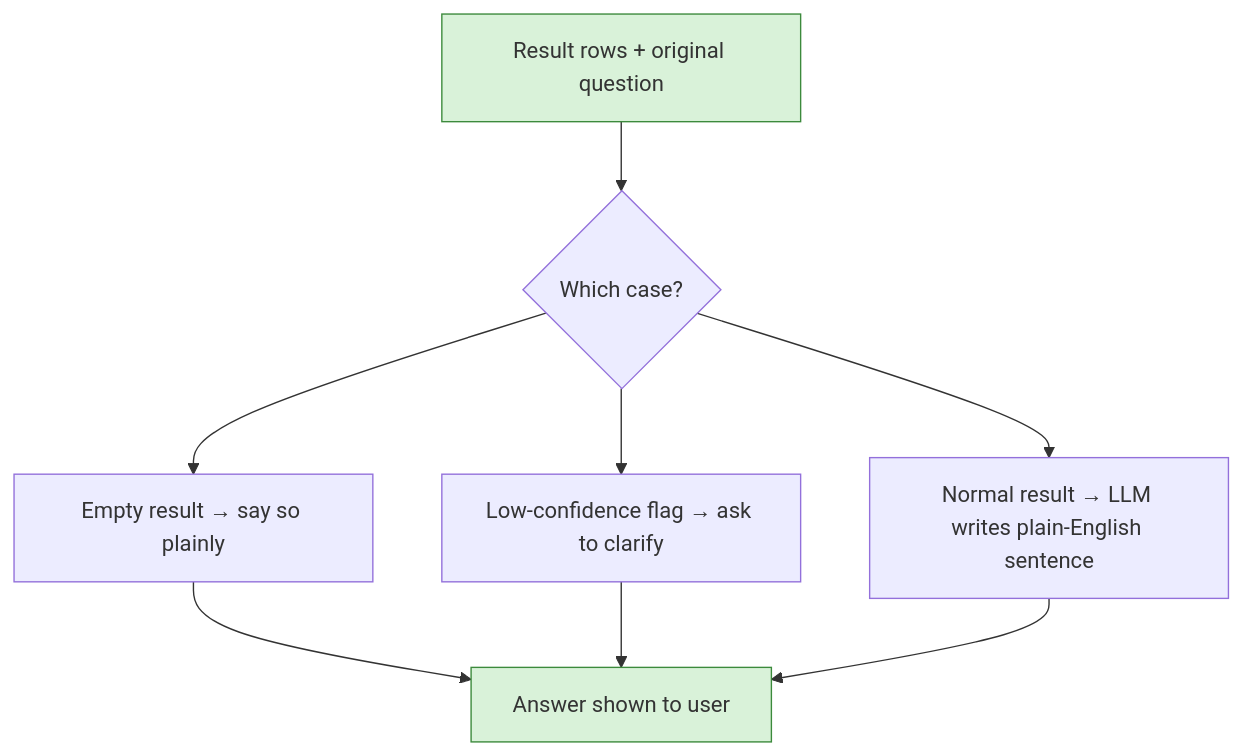
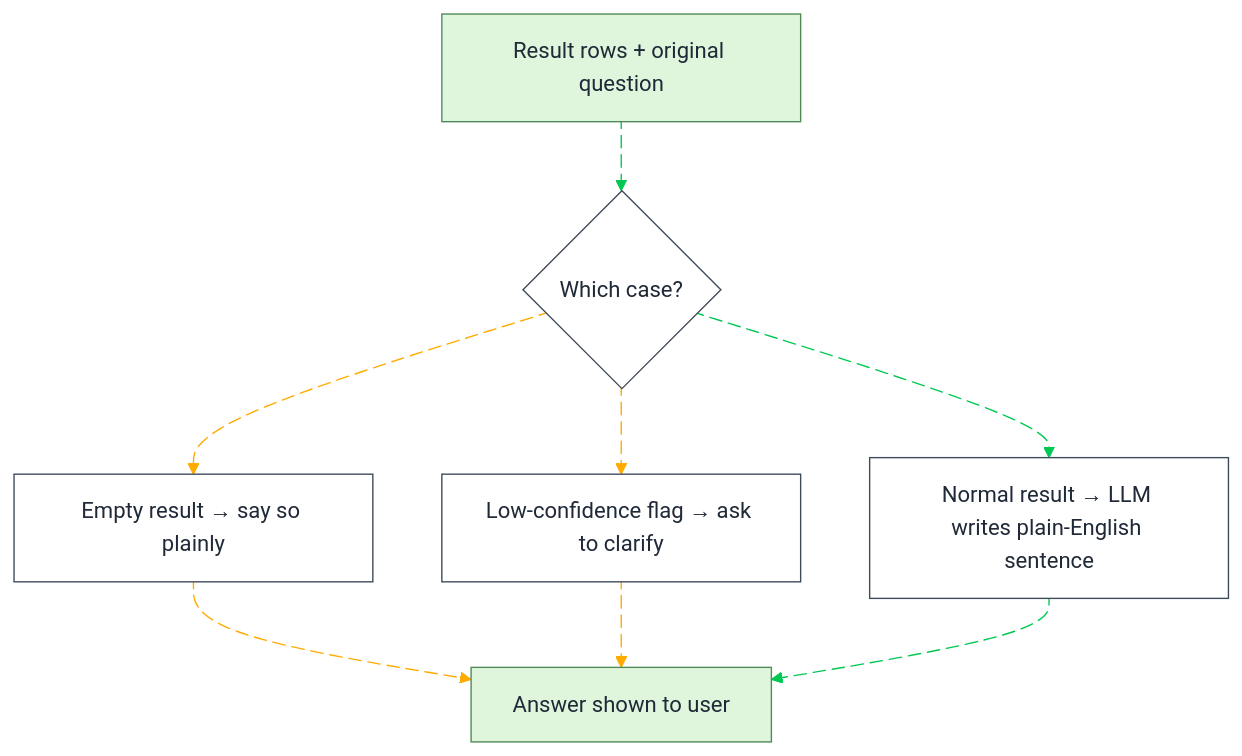
The eighth of 10 diagrams in Flowcharts_Mermaid_Source.md (Yuvrajtakk/logistics_chatbot), drawn with Mermaid before and after one commit. The commit also changed other lines of this file and 2 other files, not shown here.

````diff
--- a/Flowcharts_Mermaid_Source.md
+++ b/Flowcharts_Mermaid_Source.md
@@ -145,19 +260,36 @@
 ```mermaid
 flowchart TD
     In["Result rows + original question"]:::good
     Case{"Which case?"}
     Empty["Empty result → say so plainly"]
     LowConf["Low-confidence flag → ask to clarify"]
     Normal["Normal result → LLM writes plain-English sentence"]
     Out["Answer shown to user"]:::good
 
-    In --> Case
-    Case --> Empty
-    Case --> LowConf
-    Case --> Normal
-    Empty --> Out
-    LowConf --> Out
-    Normal --> Out
+    In L_In_Case_0@--> Case
+    Case L_Case_Empty_0@--> Empty
+    Case L_Case_LowConf_0@--> LowConf
+    Case L_Case_Normal_0@--> Normal
+    Empty L_Empty_Out_0@--> Out
+    LowConf L_LowConf_Out_0@--> Out
+    Normal L_Normal_Out_0@--> Out
 
-    classDef good fill:#D9F2D9,stroke:#3C8A3C
+    classDef default fill:#FFFFFF,stroke:#3F4A5A,color:#1F2937
+    classDef good fill:#DFF6DD,stroke:#4F8A57,color:#1F2937
+
+    linkStyle 0 stroke:#00C853,fill:none
+    linkStyle 1 stroke:#FFAB00,fill:none
+    linkStyle 2 stroke:#FFAB00,fill:none
+    linkStyle 3 stroke:#00C853,fill:none
+    linkStyle 4 stroke:#FFAB00,fill:none
+    linkStyle 5 stroke:#FFAB00,fill:none
+    linkStyle 6 stroke:#00C853,fill:none
+
+    L_In_Case_0@{ animation: slow }
+    L_Case_Empty_0@{ animation: slow }
+    L_Case_LowConf_0@{ animation: slow }
+    L_Case_Normal_0@{ animation: slow }
+    L_Empty_Out_0@{ animation: slow }
+    L_LowConf_Out_0@{ animation: slow }
+    L_Normal_Out_0@{ animation: slow }
 ```
````
